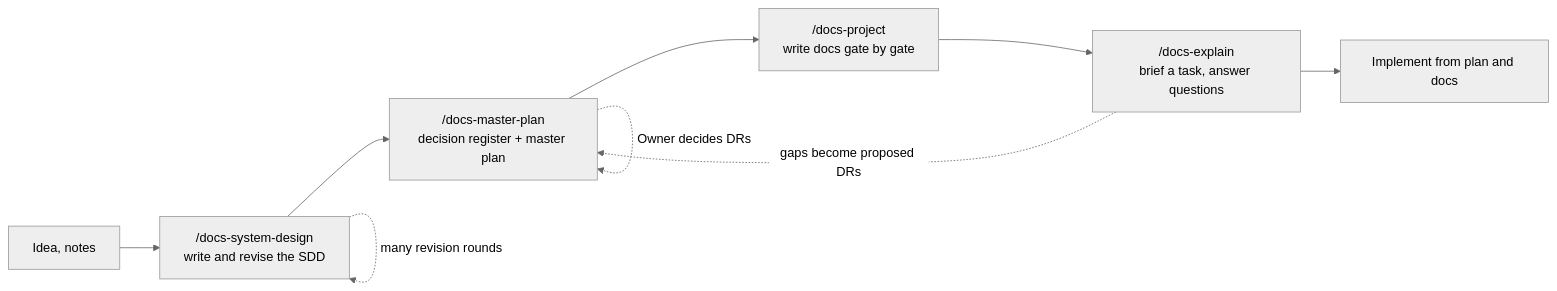
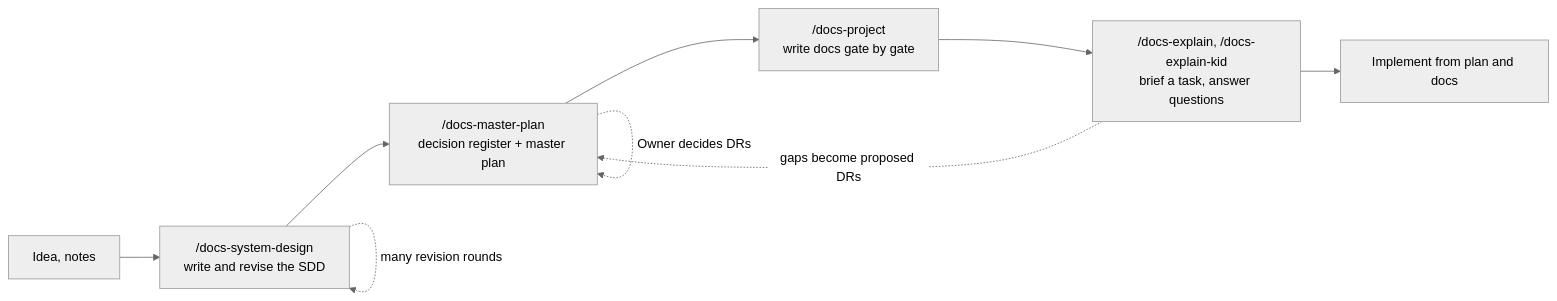
The diagram in README.md (ninggiangboy/design-docs-skills), drawn with Mermaid (neutral theme) before and after one commit. The commit also changed other lines of this file and 18 other files, not shown here.

First line of the commit message:
feat: add the docs-explain-kid skill for junior developers

````diff
--- a/README.md
+++ b/README.md
@@ -5,11 +5,11 @@
 ```mermaid
 flowchart LR
     I["Idea, notes"] --> S["/docs-system-design<br/>write and revise the SDD"]
     S --> P["/docs-master-plan<br/>decision register + master plan"]
     P --> D["/docs-project<br/>write docs gate by gate"]
-    D --> E["/docs-explain<br/>brief a task, answer questions"]
+    D --> E["/docs-explain, /docs-explain-kid<br/>brief a task, answer questions"]
     E --> C["Implement from plan and docs"]
     E -. "gaps become proposed DRs" .-> P
     S -. "many revision rounds" .-> S
     P -. "Owner decides DRs" .-> P
 ```
````
